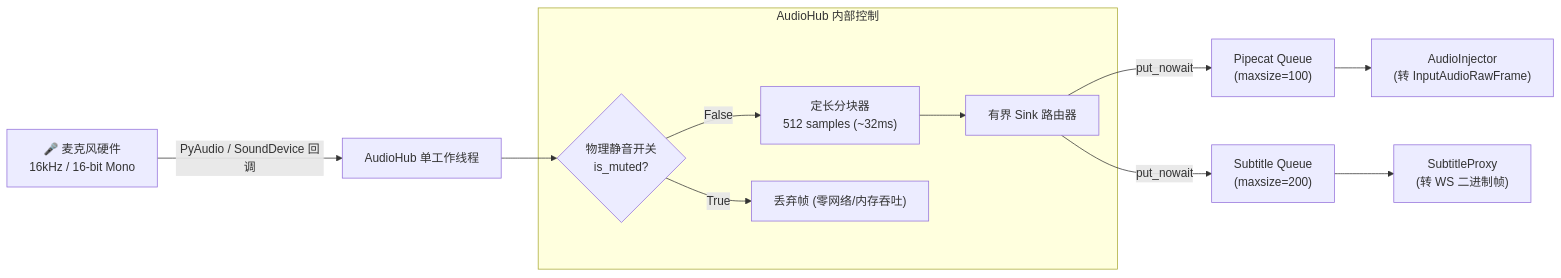
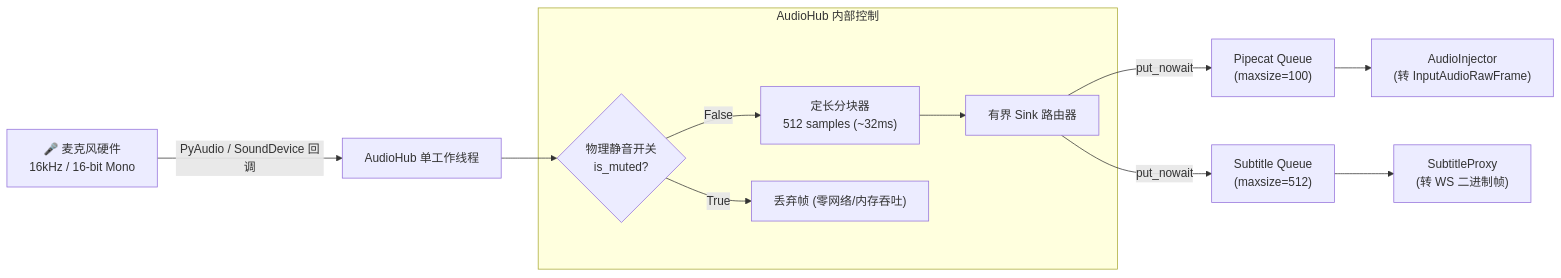
The fourth of 13 diagrams in docs/系统总体架构与详细设计方案.md (hrygo/voice-realtime), drawn with Mermaid before and after one commit. The commit also changed other lines of this file and 8 other files, not shown here.

Commit message:
docs(architecture): 审查校对系统总体架构方案并完善会议面板交互体验

````diff
--- a/docs/系统总体架构与详细设计方案.md
+++ b/docs/系统总体架构与详细设计方案.md
@@ -275,22 +279,22 @@
 ```mermaid
 flowchart LR
     MIC["🎤 麦克风硬件<br/>16kHz / 16-bit Mono"] -->|PyAudio / SoundDevice 回调| WORKER["AudioHub 单工作线程"]
     
     subgraph AUDIO_HUB["AudioHub 内部控制"]
         MUTE_SWITCH{"物理静音开关<br/>is_muted?"}
         CHUNK_GEN["定长分块器<br/>512 samples (~32ms)"]
         QUEUE_ROUTER["有界 Sink 路由器"]
         
         MUTE_SWITCH -->|True| DROP["丢弃帧 (零网络/内存吞吐)"]
         MUTE_SWITCH -->|False| CHUNK_GEN
         CHUNK_GEN --> QUEUE_ROUTER
     end
 
     WORKER --> MUTE_SWITCH
 
     QUEUE_ROUTER -->|put_nowait| Q_PIPE["Pipecat Queue<br/>(maxsize=100)"]
-    QUEUE_ROUTER -->|put_nowait| Q_SUB["Subtitle Queue<br/>(maxsize=200)"]
+    QUEUE_ROUTER -->|put_nowait| Q_SUB["Subtitle Queue<br/>(maxsize=512)"]
 
     Q_PIPE --> INJECTOR["AudioInjector<br/>(转 InputAudioRawFrame)"]
     Q_SUB --> PROXY["SubtitleProxy<br/>(转 WS 二进制帧)"]
 ```
````
